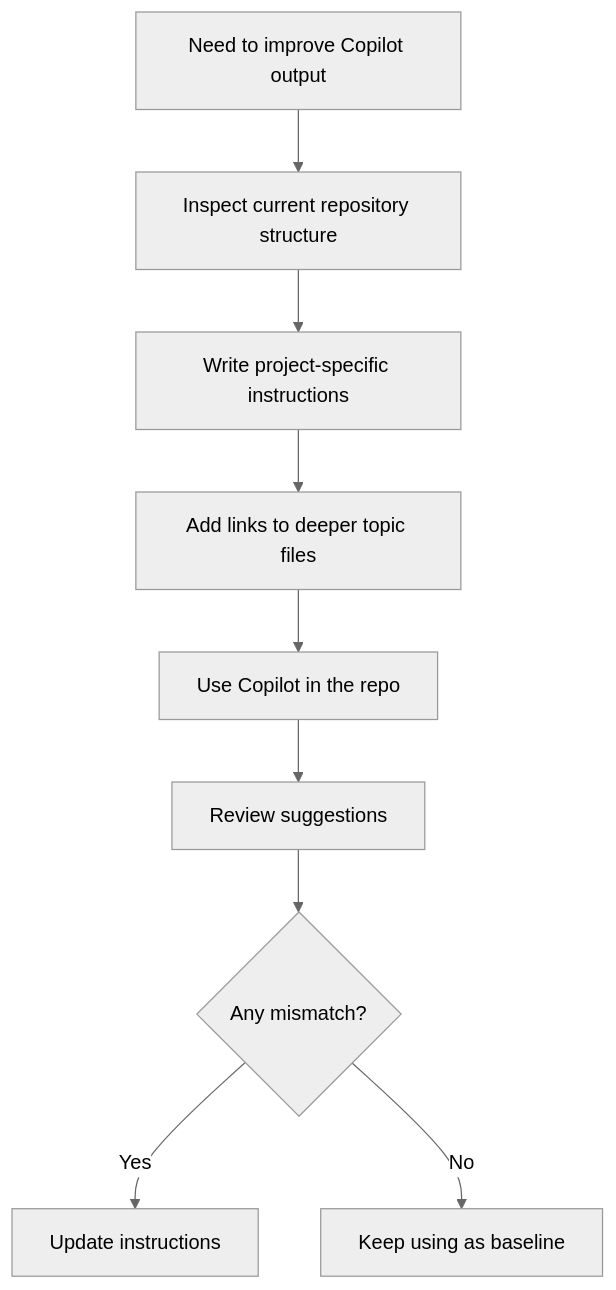
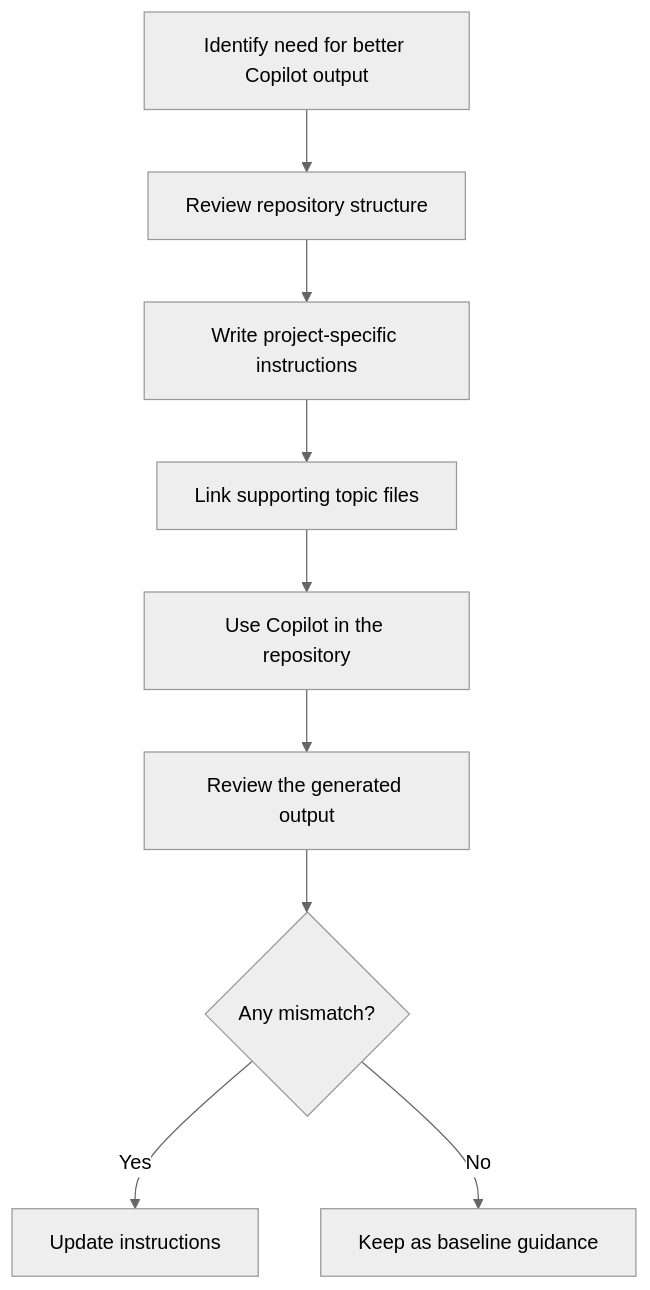
One commit to buddolla1/skills changed the fourth of 4 diagrams in github/copilot-instructions-guide.md. Above: the diagram before and after it, drawn with Mermaid (neutral theme). The commit also changed other lines of this file, not shown here.

````diff
--- a/github/copilot-instructions-guide.md
+++ b/github/copilot-instructions-guide.md
@@ -112,11 +110,11 @@
 ```mermaid
 flowchart TD
-    A[Need to improve Copilot output] --> B[Inspect current repository structure]
+    A[Identify need for better Copilot output] --> B[Review repository structure]
     B --> C[Write project-specific instructions]
-    C --> D[Add links to deeper topic files]
-    D --> E[Use Copilot in the repo]
-    E --> F[Review suggestions]
+    C --> D[Link supporting topic files]
+    D --> E[Use Copilot in the repository]
+    E --> F[Review the generated output]
     F --> G{Any mismatch?}
     G -->|Yes| H[Update instructions]
-    G -->|No| I[Keep using as baseline]
+    G -->|No| I[Keep as baseline guidance]
 ```
````
